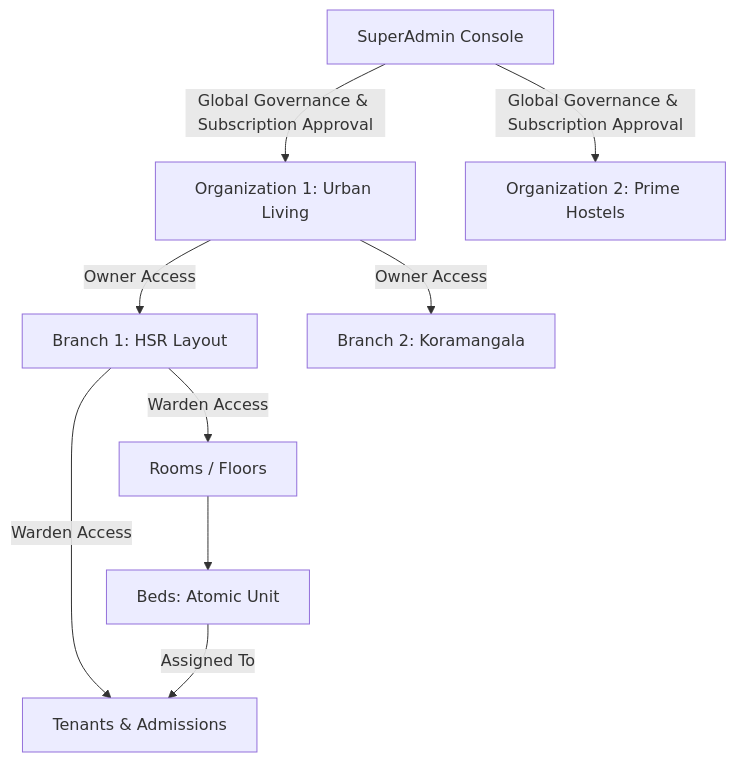
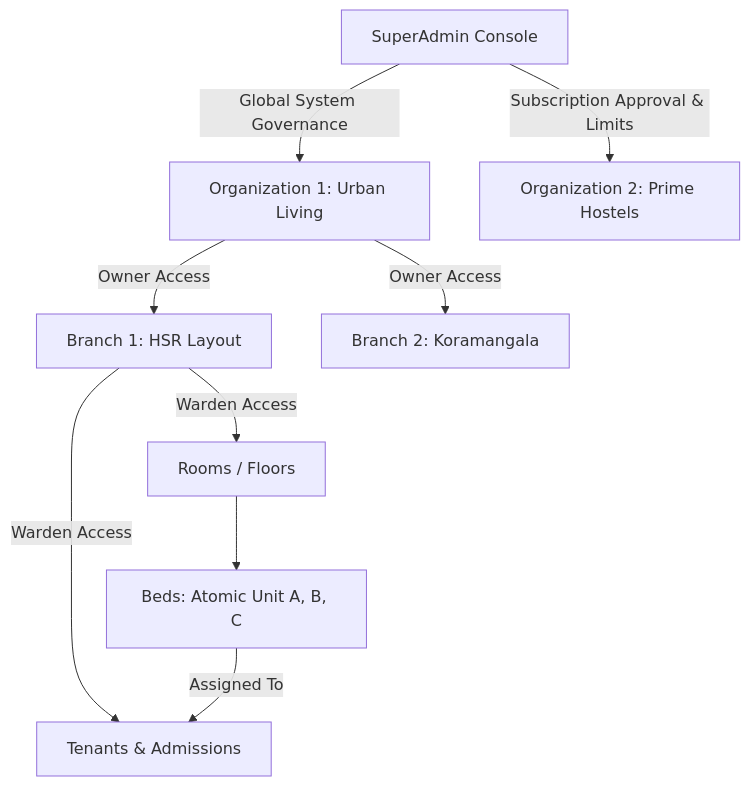
One commit to manishankar0922/EasyPG changed the first of 3 diagrams in README.md. Above: the diagram before and after it, drawn with Mermaid. The commit also changed other lines of this file, not shown here.

Commit message:
docs: comprehensive technical README update with architecture diagrams, OWASP security breakdowns, ERD models, and sequence workflows for mentor review

````diff
--- a/README.md
+++ b/README.md
@@ -34,14 +36,14 @@
 ```mermaid
 graph TD
-    SA[SuperAdmin Console] -->|Global Governance & Subscription Approval| ORG1[Organization 1: Urban Living]
-    SA -->|Global Governance & Subscription Approval| ORG2[Organization 2: Prime Hostels]
+    SA[SuperAdmin Console] -->|Global System Governance| ORG1[Organization 1: Urban Living]
+    SA -->|Subscription Approval & Limits| ORG2[Organization 2: Prime Hostels]
 
     ORG1 -->|Owner Access| B1[Branch 1: HSR Layout]
     ORG1 -->|Owner Access| B2[Branch 2: Koramangala]
 
     B1 -->|Warden Access| R1[Rooms / Floors]
     B1 -->|Warden Access| T1[Tenants & Admissions]
 
-    R1 --> BEDS[Beds: Atomic Unit]
+    R1 --> BEDS[Beds: Atomic Unit A, B, C]
     BEDS -->|Assigned To| T1
 ```
````
